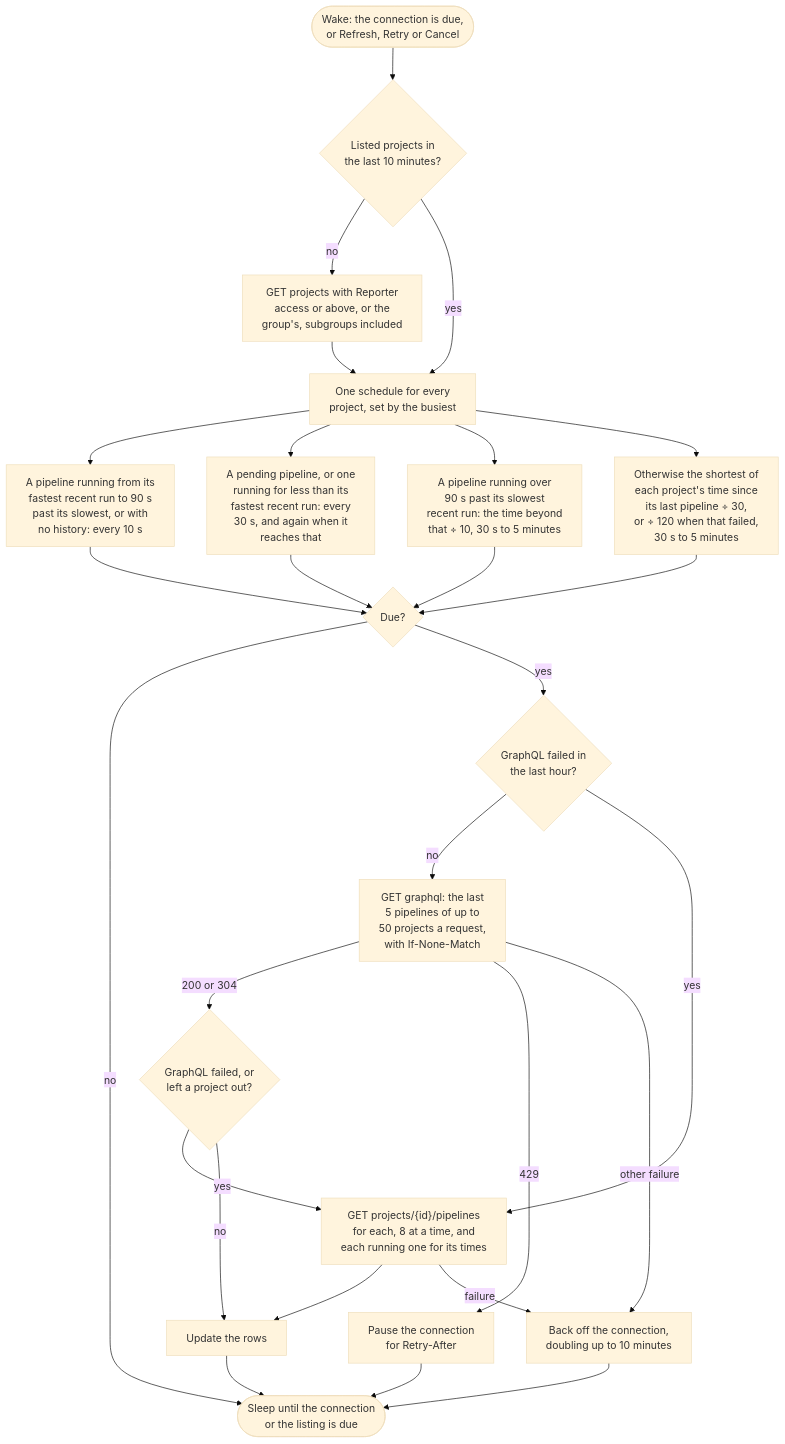
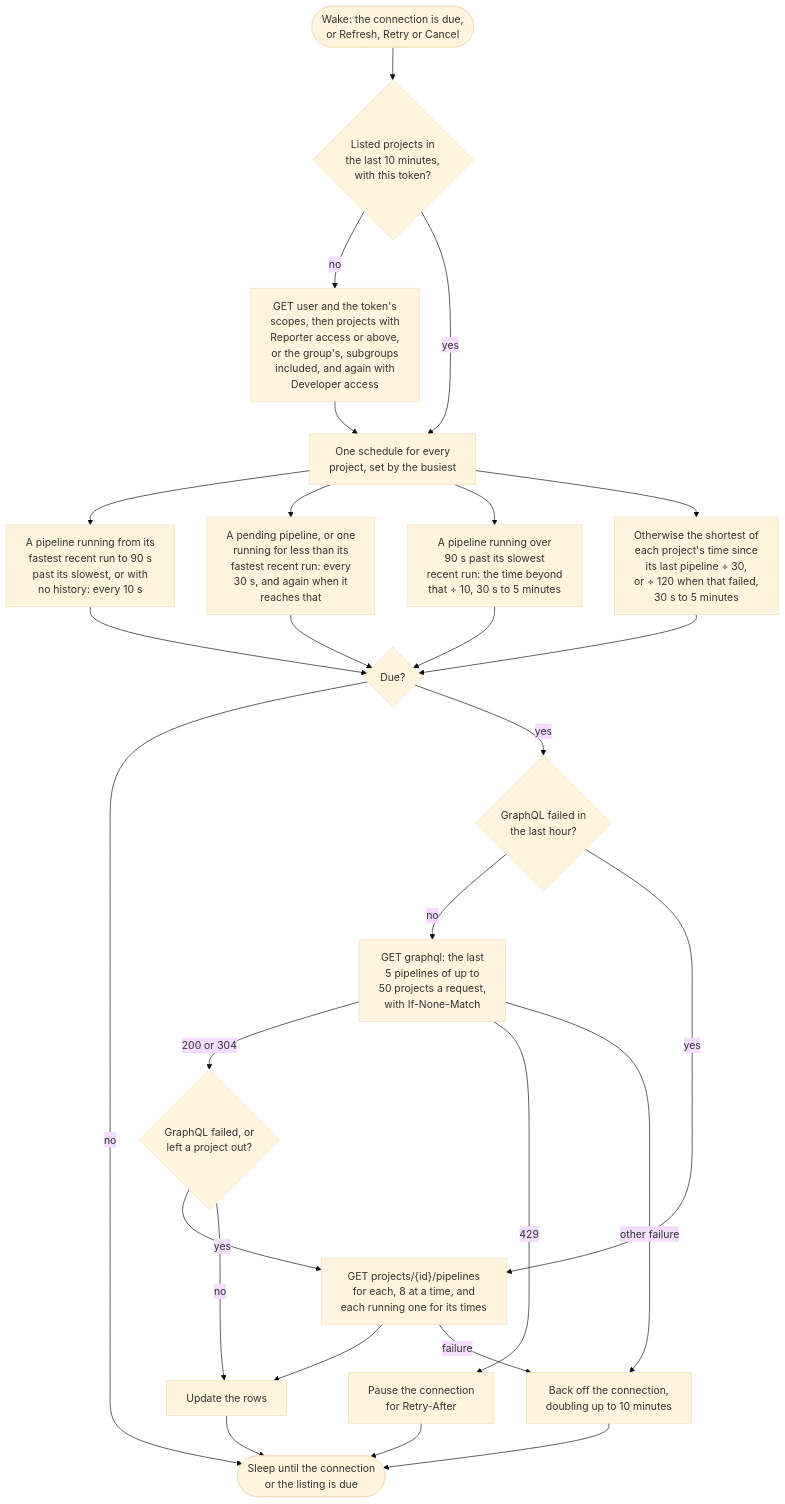
The diagram in docs/mdsource/providers/gitlab.source.md (SimonCropp/BuildMonitor), drawn with Mermaid (base theme) before and after one commit. The commit also changed other lines of this file and 99 other files, not shown here.

````diff
--- a/docs/mdsource/providers/gitlab.source.md
+++ b/docs/mdsource/providers/gitlab.source.md
@@ -32,34 +34,34 @@
 ```mermaid
 ---
 config:
   flowchart:
     wrappingWidth: 400
 ---
 flowchart TD
-    wake(["Wake: the connection is due,<br/>or Refresh, Retry or Cancel"]) --> listed{"Listed projects in<br/>the last 10 minutes?"}
-    listed -- "no" --> discover["GET projects with Reporter<br/>access or above, or the<br/>group's, subgroups included"]
+    wake(["Wake: the connection is due,<br/>or Refresh, Retry or Cancel"]) --> listed{"Listed projects in<br/>the last 10 minutes,<br/>with this token?"}
+    listed -- "no" --> discover["GET user and the token's<br/>scopes, then projects with<br/>Reporter access or above,<br/>or the group's, subgroups<br/>included, and again with<br/>Developer access"]
     listed -- "yes" --> interval["One schedule for every<br/>project, set by the busiest"]
     discover --> interval
     interval --> finishing["A pipeline running from its<br/>fastest recent run to 90 s<br/>past its slowest, or with<br/>no history: every 10 s"]
     interval --> running["A pending pipeline, or one<br/>running for less than its<br/>fastest recent run: every<br/>30 s, and again when it<br/>reaches that"]
     interval --> overrun["A pipeline running over<br/>90 s past its slowest<br/>recent run: the time beyond<br/>that ÷ 10, 30 s to 5 minutes"]
     interval --> quiet["Otherwise the shortest of<br/>each project's time since<br/>its last pipeline ÷ 30,<br/>or ÷ 120 when that failed,<br/>30 s to 5 minutes"]
     finishing --> due{"Due?"}
     running --> due
     overrun --> due
     quiet --> due
     due -- "no" --> sleep(["Sleep until the connection<br/>or the listing is due"])
     due -- "yes" --> failed{"GraphQL failed in<br/>the last hour?"}
     failed -- "no" --> query["GET graphql: the last<br/>5 pipelines of up to<br/>50 projects a request,<br/>with If-None-Match"]
     failed -- "yes" --> rest
     query -- "200 or 304" --> missing{"GraphQL failed, or<br/>left a project out?"}
     missing -- "yes" --> rest["GET projects/{id}/pipelines<br/>for each, 8 at a time, and<br/>each running one for its times"]
     missing -- "no" --> rows["Update the rows"]
     rest --> rows
     query -- "429" --> pause["Pause the connection<br/>for Retry-After"]
     query -- "other failure" --> backoff["Back off the connection,<br/>doubling up to 10 minutes"]
     rest -- "failure" --> backoff
     rows --> sleep
     pause --> sleep
     backoff --> sleep
 ```
````
